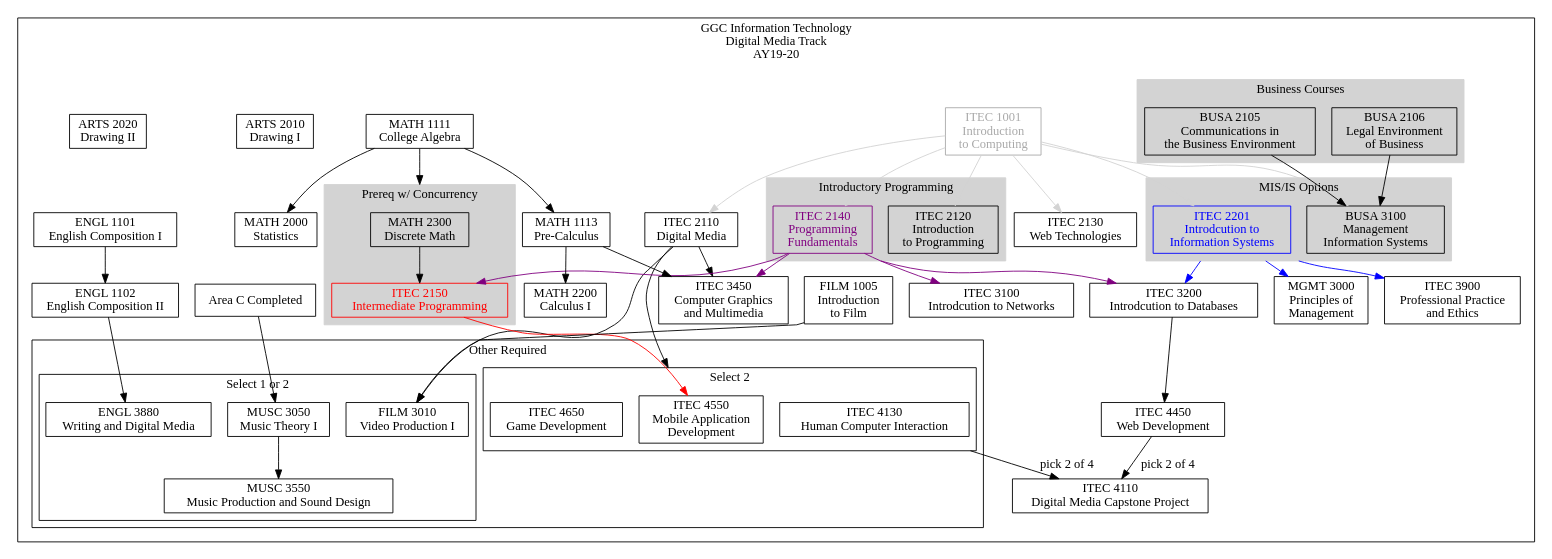
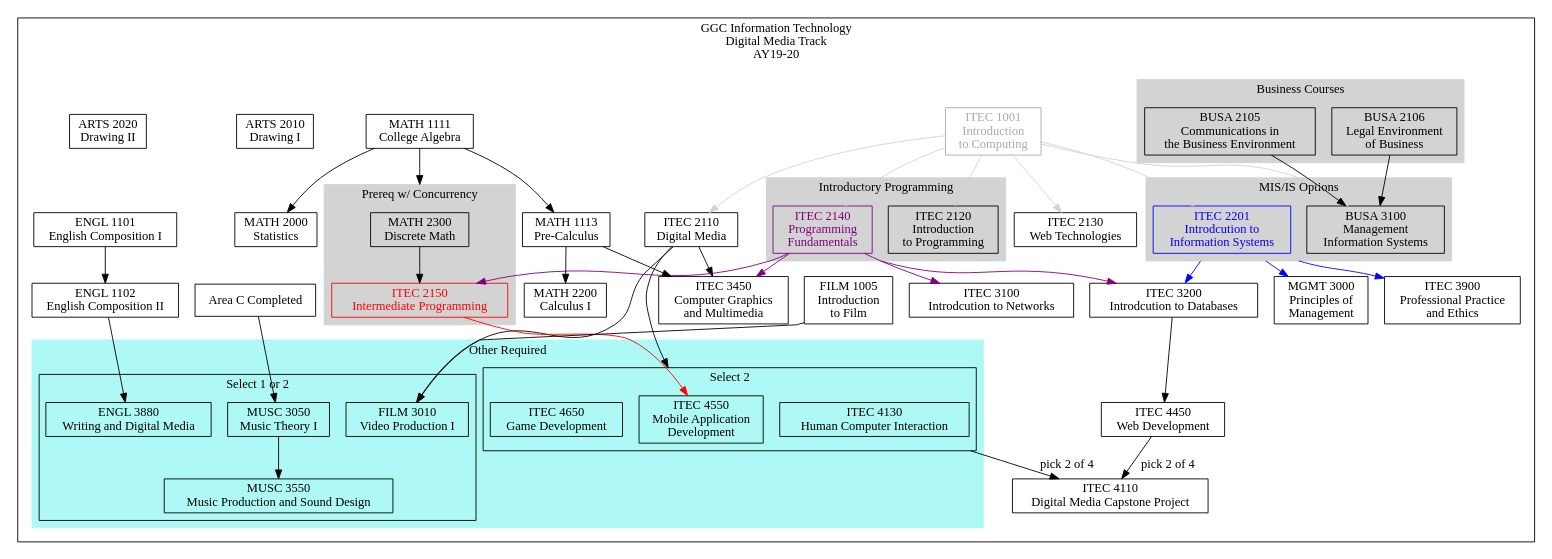
The diagram in AY19-20/DigitalMedia.dot (rjlutz/itec-plans), drawn with Graphviz before and after one commit. The commit also changed 9 other files, not shown here.

```diff
--- a/AY19-20/DigitalMedia.dot
+++ b/AY19-20/DigitalMedia.dot
@@ -1,151 +1,153 @@
 digraph G {
 
     node [shape = record, fontname="Sans serif" fontsize="14"];
     compound = true //  needed to link clusters and nodes
     splines = true
     ranksep=0.1
 
     // All
     itec1001[label = "ITEC 1001\nIntroduction \nto Computing" color=darkgray fontcolor=darkgray]
     itec2110[label = "ITEC 2110\nDigital Media"]
     itec2120[label = "ITEC 2120\nIntroduction\nto Programming"]
     itec2130[label = "ITEC 2130\nWeb Technologies"]
     itec2140[label = "ITEC 2140\nProgramming \nFundamentals" color=purple fontcolor=purple]
     itec2150[label = "ITEC 2150\nIntermediate Programming" color=red fontcolor=red]
     itec2201[label = "ITEC 2201\nIntrodcution to\nInformation Systems" color=blue fontcolor=blue]
     itec3100[label = "ITEC 3100\nIntrodcution to Networks"]
     itec3200[label = "ITEC 3200\nIntrodcution to Databases"]
     itec3900[label = "ITEC 3900\nProfessional Practice\nand Ethics"]
     busa2105[label = "BUSA 2105\nCommunications in\nthe Business Environment"]
     busa2106[label = "BUSA 2106\nLegal Environment\nof Business"]
     busa3100[label = "BUSA 3100\nManagement \nInformation Systems"]
     math1111[label = "MATH 1111\nCollege Algebra"]
     math1113[label = "MATH 1113\nPre-Calculus"]
     math2300[label = "MATH 2300\nDiscrete Math"]
     math2000[label = "MATH 2000\nStatistics"]
     math2200[label = "MATH 2200\nCalculus I"]
     mgmt3000[label = "MGMT 3000\nPrinciples of\nManagement"]
 
     // Digital Media
     itec3450[label = "ITEC 3450\nComputer Graphics\nand Multimedia"]
     itec4110[label = "ITEC 4110\nDigital Media Capstone Project"]
     itec4130[label = "ITEC 4130\nHuman Computer Interaction"]
     itec4450[label = "ITEC 4450\nWeb Development"]
     itec4550[label = "ITEC 4550\nMobile Application\nDevelopment"]
     itec4650[label = "ITEC 4650\nGame Development"]
     areaC[label = "Area C Completed"]
     arts2010[label = "ARTS 2010\nDrawing I"]
     arts2020[label = "ARTS 2020\nDrawing II"]
     engl1101[label = "ENGL 1101\nEnglish Composition I"]
     engl1102[label = "ENGL 1102\nEnglish Composition II"]
     engl3880[label = "ENGL 3880\nWriting and Digital Media"]
     film1005[label = "FILM 1005\nIntroduction\nto Film"] 
     film3010[label = "FILM 3010\nVideo Production I"]
     musc3050[label = "MUSC 3050\nMusic Theory I"]
     musc3550[label = "MUSC 3550\nMusic Production and Sound Design"]
     
 
     subgraph clusterdm {
         label="GGC Information Technology\nDigital Media Track\nAY19-20"
 
         subgraph clusterrequired {
             label=""
             node [style=filled];
             style=filled;
 
             color="#FFFFFF";
             
             engl1101 -> engl1102 -> engl3880
             film1005 -> film3010
             itec2110 -> film3010
             areaC -> musc3050
 
             itec1001 -> itec2110 [color=lightgray]
             itec1001 -> itec2120 [color=lightgray]
             itec1001 -> itec2130 [color=lightgray]
             itec1001 -> itec2201 [color=lightgray]
             itec1001 -> busa3100 [color=lightgray]
 
             busa2106 -> busa3100
             busa2105 -> busa3100
             itec1001 -> itec2140 [color=lightgray]
             itec2140 -> itec2150 [color=purple]
 
             itec2140 -> itec3100 [color=purple]
             itec2201 -> itec3200 [color=blue ltail=cluster22013100];
             itec2140 -> itec3200 [ltail=cluster21202140 color=purple]
 
             itec2140 -> itec3450 [color=purple]
 
             itec2201 -> itec3900 [ltail=cluster22013100 color=blue]
             itec2201 -> mgmt3000 [ltail=cluster22013100 color=blue]
 
             math1113 -> math2200
             math1111 -> math1113
             math1111 -> math2000
             math1111 -> math2300 [lhead=clusterdiscrete]
             itec3200 -> itec4450
 
             math1113 -> itec3450
             itec2110 -> itec3450
             itec2110 -> itec4550 [lhead=clusteritecopt1]
             itec2150 -> itec4550 [color=red]
             
             itec4450 -> itec4110 [label="pick 2 of 4"]
             itec4130 -> itec4110 [ltail=clusteritecopt1 label="pick 2 of 4"]
 
             arts2020
             arts2010
 
             subgraph cluster21202140 {
                 label = "Introductory Programming";
                 color=lightgrey;
                 itec2120
                 itec2140
             }
             subgraph cluster22013100 {
                 label = "MIS/IS Options";
                 color=lightgrey;
                 itec2201
                 busa3100
             }
             subgraph cluster21052106 {
                 label = "Business Courses"
                 color=lightgrey;
                 busa2105
                 busa2106
             }
             
             subgraph clusterdiscrete {
                 label = "Prereq w/ Concurrency";
                 node [style=filled];
                 style=filled;
                 color=lightgrey;
                 math2300 -> itec2150
             }
 
             subgraph clusterotherrequired {
                 label = "Other Required"
                 node [style=filled];
                 style=filled;
-                graph[style=solid]
-                color=black;
-                // {rank=same; "engl3880"; "itec4650"}
+                color="#AEF9F5"
 
                 subgraph clusteritecopt1 {
                     label = "Select 2";
+                    graph[style=solid]
+                        color=black
                     itec4130
                     itec4550
                     itec4650
                 }
 
                 subgraph clusteritecopt2 {
                     label = "Select 1 or 2";
+                    graph[style=solid]
+                    color=black
                     engl3880
                     film3010
                     musc3050 -> musc3550
                 }                
             }
         }    
     }
 }
```
